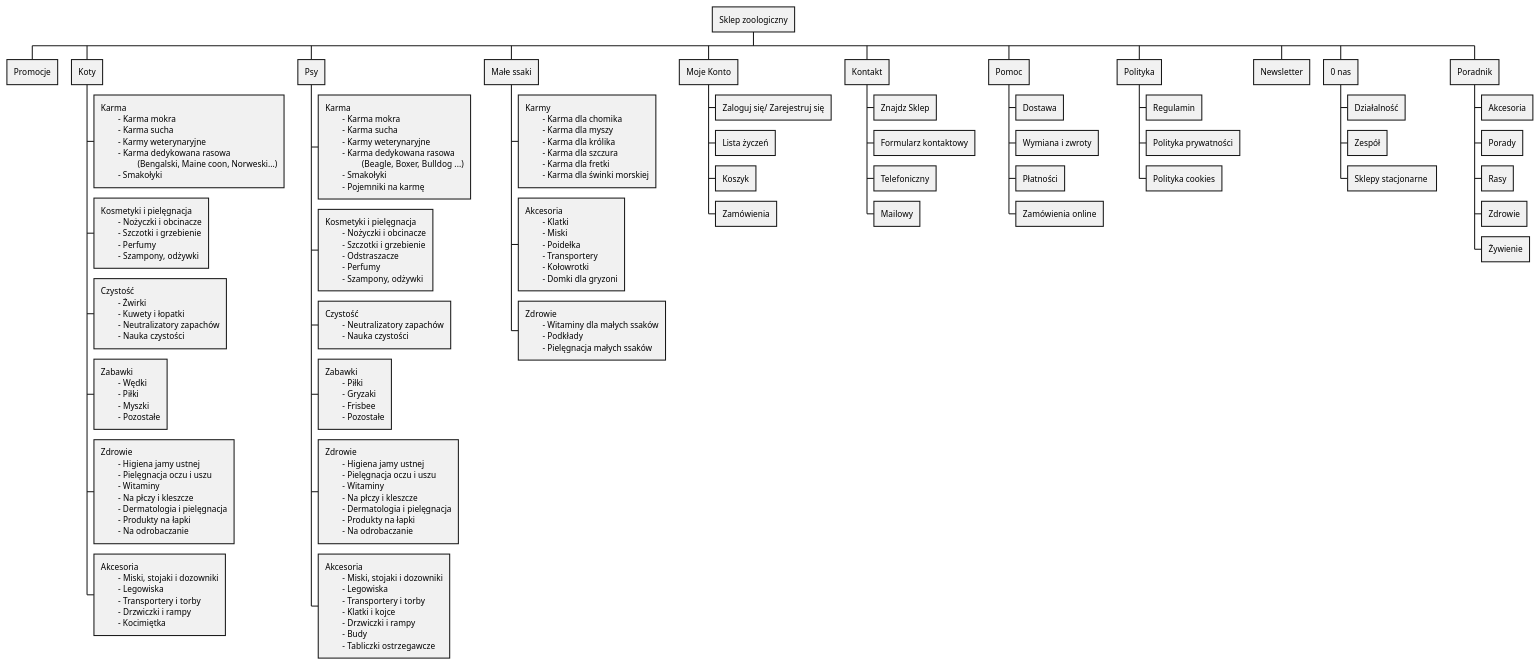
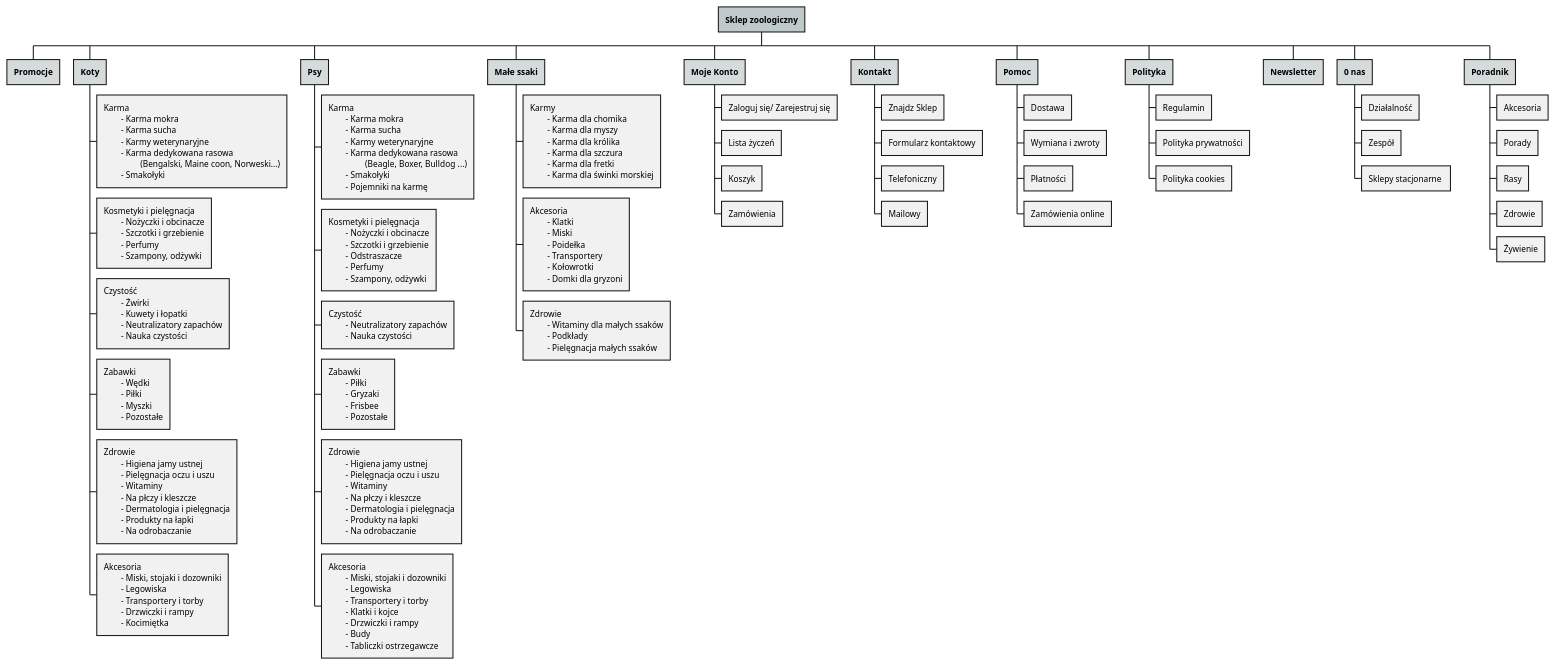
One commit to JarKolod/TPF_projekt changed the diagram in second.puml. Above: the diagram before and after it, drawn with PlantUML. The commit also changed 2 other files, not shown here.

Commit message:
Added colors to second.puml and exported diagrams

```diff
--- a/second.puml
+++ b/second.puml
@@ -1,163 +1,174 @@
 @startwbs menu
 
-* Sklep zoologiczny
+<style>
+    .gray1{
+        BackgroundColor #BFC9CA
+    }
+    .gray2{
+        BackgroundColor #D5DBDB
+    }
 
-++ Psy
+</style>
+    
+
+* **Sklep zoologiczny** <<gray1>>
+
+++ **Psy** <<gray2>>
 ***:Karma
 \t- Karma mokra
 \t- Karma sucha
 \t- Karmy weterynaryjne
 \t- Karma dedykowana rasowa
 \t\t (Beagle, Boxer, Bulldog ...)
 \t- Smakołyki
 \t- Pojemniki na karmę;
 
 ***:Kosmetyki i pielęgnacja
 \t- Nożyczki i obcinacze
 \t- Szczotki i grzebienie
 \t- Odstraszacze
 \t- Perfumy
 \t- Szampony, odżywki;
 
 ***:Czystość
 \t- Neutralizatory zapachów
 \t- Nauka czystości;
 
 ***:Zabawki
 \t- Piłki
 \t- Gryzaki
 \t- Frisbee
 \t- Pozostałe;
 
 ***:Zdrowie
 \t- Higiena jamy ustnej
 \t- Pielęgnacja oczu i uszu
 \t- Witaminy
 \t- Na płczy i kleszcze
 \t- Dermatologia i pielęgnacja
 \t- Produkty na łapki
 \t- Na odrobaczanie;
 
 ***:Akcesoria
 \t- Miski, stojaki i dozowniki
 \t- Legowiska
 \t- Transportery i torby
 \t- Klatki i kojce
 \t- Drzwiczki i rampy
 \t- Budy
 \t- Tabliczki ostrzegawcze;
 
--- Koty
+-- **Koty** <<gray2>>
 ***:Karma
 \t- Karma mokra
 \t- Karma sucha
 \t- Karmy weterynaryjne
 \t- Karma dedykowana rasowa
 \t\t (Bengalski, Maine coon, Norweski...)
 \t- Smakołyki;
 
 ***:Kosmetyki i pielęgnacja
 \t- Nożyczki i obcinacze
 \t- Szczotki i grzebienie
 \t- Perfumy
 \t- Szampony, odżywki;
 
 ***:Czystość
 \t- Żwirki
 \t- Kuwety i łopatki
 \t- Neutralizatory zapachów
 \t- Nauka czystości;
 
 ***:Zabawki
 \t- Wędki
 \t- Piłki
 \t- Myszki
 \t- Pozostałe;
 
 ***:Zdrowie
 \t- Higiena jamy ustnej
 \t- Pielęgnacja oczu i uszu
 \t- Witaminy
 \t- Na płczy i kleszcze
 \t- Dermatologia i pielęgnacja
 \t- Produkty na łapki
 \t- Na odrobaczanie;
 
 ***:Akcesoria
 \t- Miski, stojaki i dozowniki
 \t- Legowiska
 \t- Transportery i torby
 \t- Drzwiczki i rampy
 \t- Kocimiętka;
 
 
 
 
 
 
-++ Małe ssaki
+++ **Małe ssaki**<<gray2>>
 
 ***:Karmy
 \t- Karma dla chomika
 \t- Karma dla myszy
 \t- Karma dla królika
 \t- Karma dla szczura
 \t- Karma dla fretki
 \t- Karma dla świnki morskiej;
 
 ***:Akcesoria
 \t- Klatki
 \t- Miski
 \t- Poidełka
 \t- Transportery
 \t- Kołowrotki
 \t- Domki dla gryzoni;
 
 ***:Zdrowie
 \t- Witaminy dla małych ssaków
 \t- Podkłady
 \t- Pielęgnacja małych ssaków;
 
--- Promocje
+-- **Promocje**<<gray2>>
 
-** Moje Konto
+** **Moje Konto**<<gray2>>
 *** Zaloguj się/ Zarejestruj się
 *** Lista życzeń
 *** Koszyk
 *** Zamówienia
 
-** Kontakt <<mintGreen>>
+** **Kontakt** <<gray2>>
 *** Znajdz Sklep
 *** Formularz kontaktowy
 *** Telefoniczny
 *** Mailowy
 
-** Pomoc <<mintGreen>>
+** **Pomoc** <<gray2>>
 *** Dostawa
 *** Wymiana i zwroty
 *** Płatności
 *** Zamówienia online
 
-** Polityka <<mintGreen>>
+** **Polityka** <<gray2>>
 *** Regulamin
 *** Polityka prywatności
 *** Polityka cookies
 
-** Newsletter <<mintGreen>>
+** **Newsletter** <<gray2>>
 
-** 0 nas <<mintGreen>>
+** **0 nas** <<gray2>>
 *** Działalność
 *** Zespół
 *** Sklepy stacjonarne 
 
 
-** Poradnik <<oliveGreen>>
+** **Poradnik** <<gray2>>
 *** Akcesoria
 *** Porady
 *** Rasy
 *** Zdrowie
 *** Żywienie
  
 
 
 @endwbs
```
